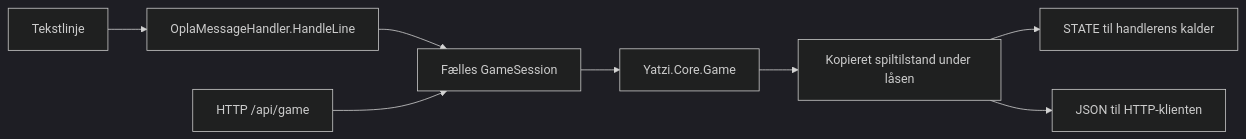
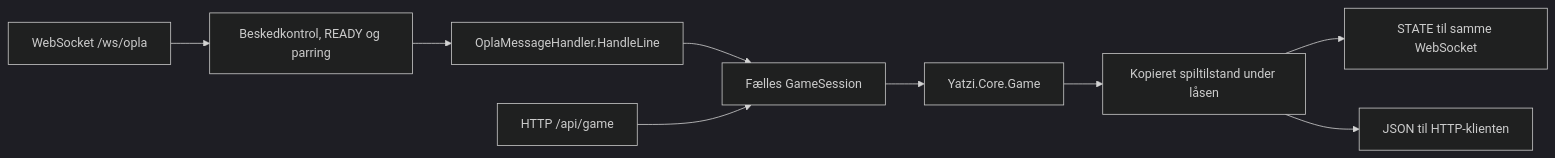
The diagram in docs/opla-handler.md (Bmantaz/H3-Yatzi), drawn with Mermaid (dark theme) before and after one commit. The commit also changed other lines of this file and 20 other files, not shown here.

Commit message:
S2.12: tilføj WebSocket-transport, adgangskontrol og STATE-svar

````diff
--- a/docs/opla-handler.md
+++ b/docs/opla-handler.md
@@ -16,10 +16,11 @@
 ```mermaid
 flowchart LR
-    Input["Tekstlinje"] --> Handler["OplaMessageHandler.HandleLine"]
+    Input["WebSocket /ws/opla"] --> Access["Beskedkontrol, READY og parring"]
+    Access --> Handler["OplaMessageHandler.HandleLine"]
     Handler --> Session["Fælles GameSession"]
     Http["HTTP /api/game"] --> Session
     Session --> Core["Yatzi.Core.Game"]
     Core --> Snapshot["Kopieret spiltilstand under låsen"]
-    Snapshot --> State["STATE til handlerens kalder"]
+    Snapshot --> State["STATE til samme WebSocket"]
     Snapshot --> Json["JSON til HTTP-klienten"]
 ```
````
